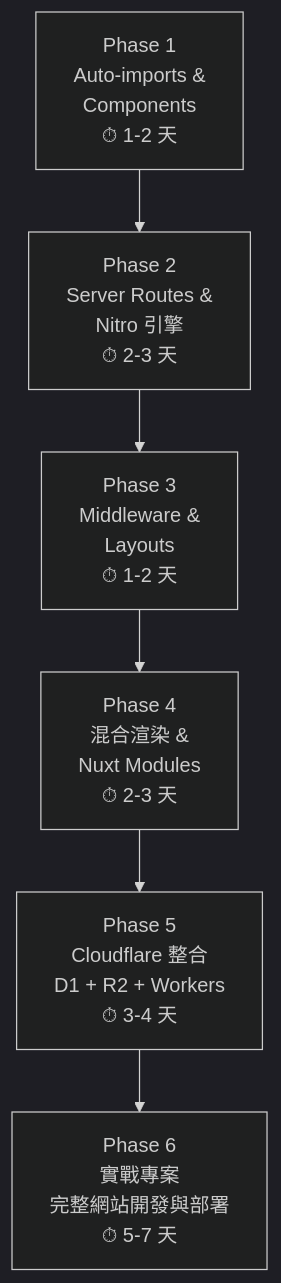
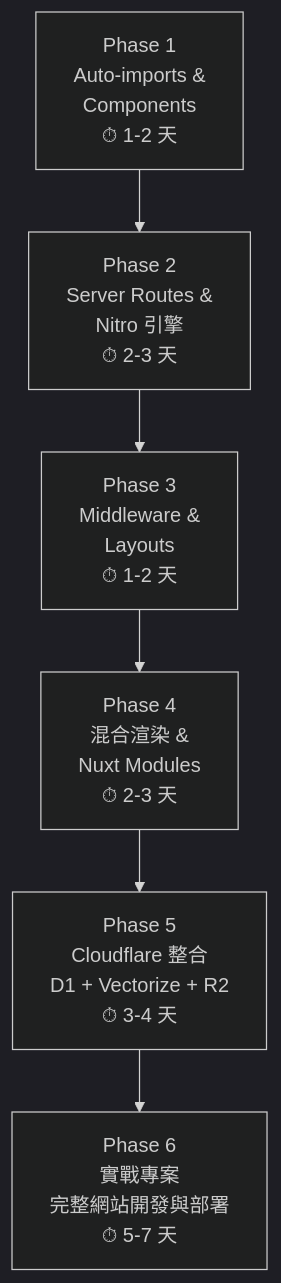
Before and after one commit to JeffLin0225/Demo-Nuxt: the diagram in nuxt_fullstack_learning_plan.md, drawn with Mermaid (dark theme). The commit also changed other lines of this file, not shown here.

````diff
--- a/nuxt_fullstack_learning_plan.md
+++ b/nuxt_fullstack_learning_plan.md
@@ -27,11 +27,11 @@
 ```mermaid
 graph TD
     P1["Phase 1<br/>Auto-imports &<br/>Components<br/>⏱ 1-2 天"]
     P2["Phase 2<br/>Server Routes &<br/>Nitro 引擎<br/>⏱ 2-3 天"]
     P3["Phase 3<br/>Middleware &<br/>Layouts<br/>⏱ 1-2 天"]
     P4["Phase 4<br/>混合渲染 &<br/>Nuxt Modules<br/>⏱ 2-3 天"]
-    P5["Phase 5<br/>Cloudflare 整合<br/>D1 + R2 + Workers<br/>⏱ 3-4 天"]
+    P5["Phase 5<br/>Cloudflare 整合<br/>D1 + Vectorize + R2<br/>⏱ 3-4 天"]
     P6["Phase 6<br/>實戰專案<br/>完整網站開發與部署<br/>⏱ 5-7 天"]
 
     P1 --> P2 --> P3 --> P4 --> P5 --> P6
 ```
````
